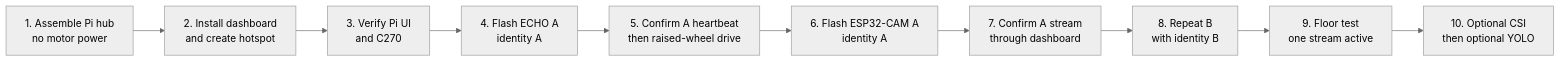
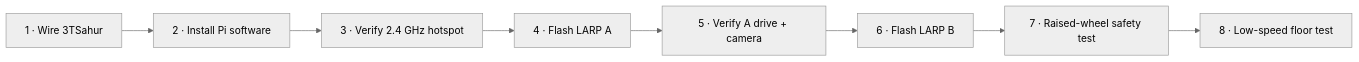
One commit to william-thompsonthe1st/STEM-Research-Academy changed the first of 9 diagrams in README.md. Above: the diagram before and after it, drawn with Mermaid (neutral theme). The commit also changed other lines of this file, not shown here.

````diff
--- a/README.md
+++ b/README.md
@@ -81,12 +18,10 @@
 ```mermaid
 flowchart LR
-    A["1. Assemble Pi hub\nno motor power"] --> B["2. Install dashboard\nand create hotspot"]
-    B --> C["3. Verify Pi UI\nand C270"]
-    C --> D["4. Flash ECHO A\nidentity A"]
-    D --> E["5. Confirm A heartbeat\nthen raised-wheel drive"]
-    E --> F["6. Flash ESP32-CAM A\nidentity A"]
-    F --> G["7. Confirm A stream\nthrough dashboard"]
-    G --> H["8. Repeat B\nwith identity B"]
-    H --> I["9. Floor test\none stream active"]
-    I --> J["10. Optional CSI\nthen optional YOLO"]
+    A["1 · Wire 3TSahur"] --> B["2 · Install Pi software"]
+    B --> C["3 · Verify 2.4 GHz hotspot"]
+    C --> D["4 · Flash LARP A"]
+    D --> E["5 · Verify A drive + camera"]
+    E --> F["6 · Flash LARP B"]
+    F --> G["7 · Raised-wheel safety test"]
+    G --> H["8 · Low-speed floor test"]
 ```
````
